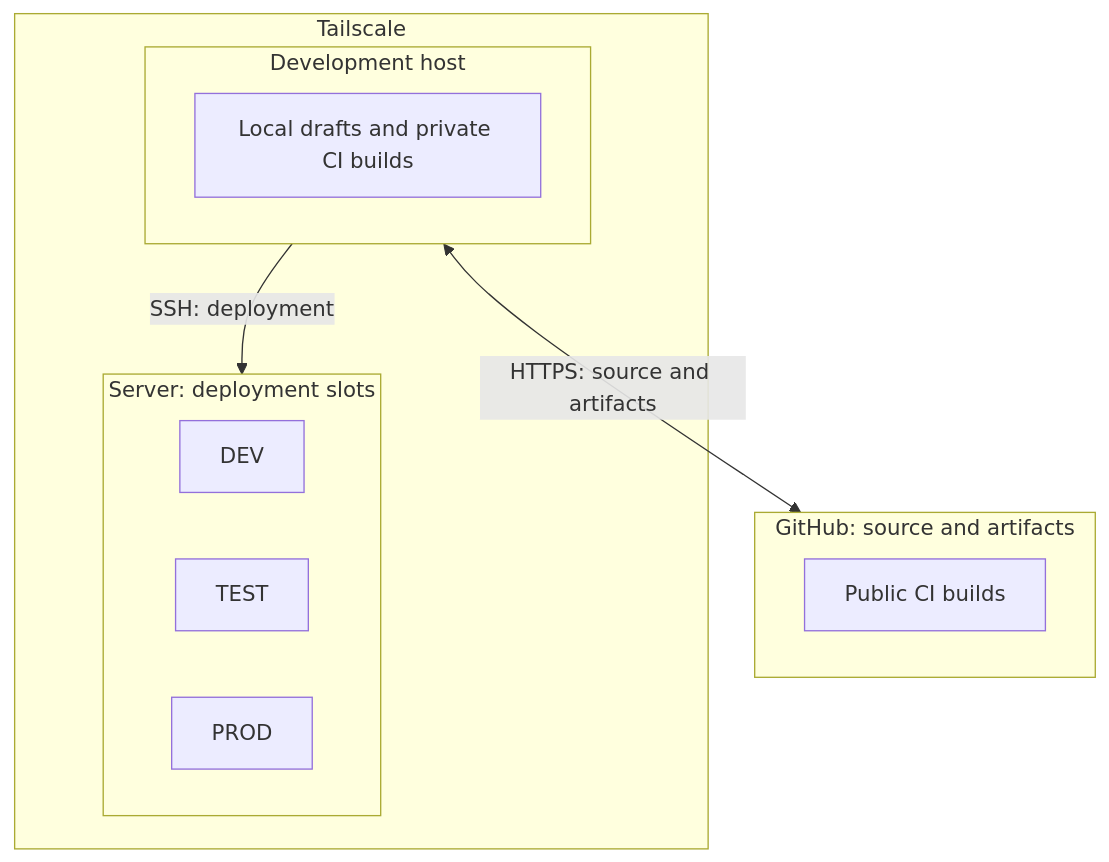
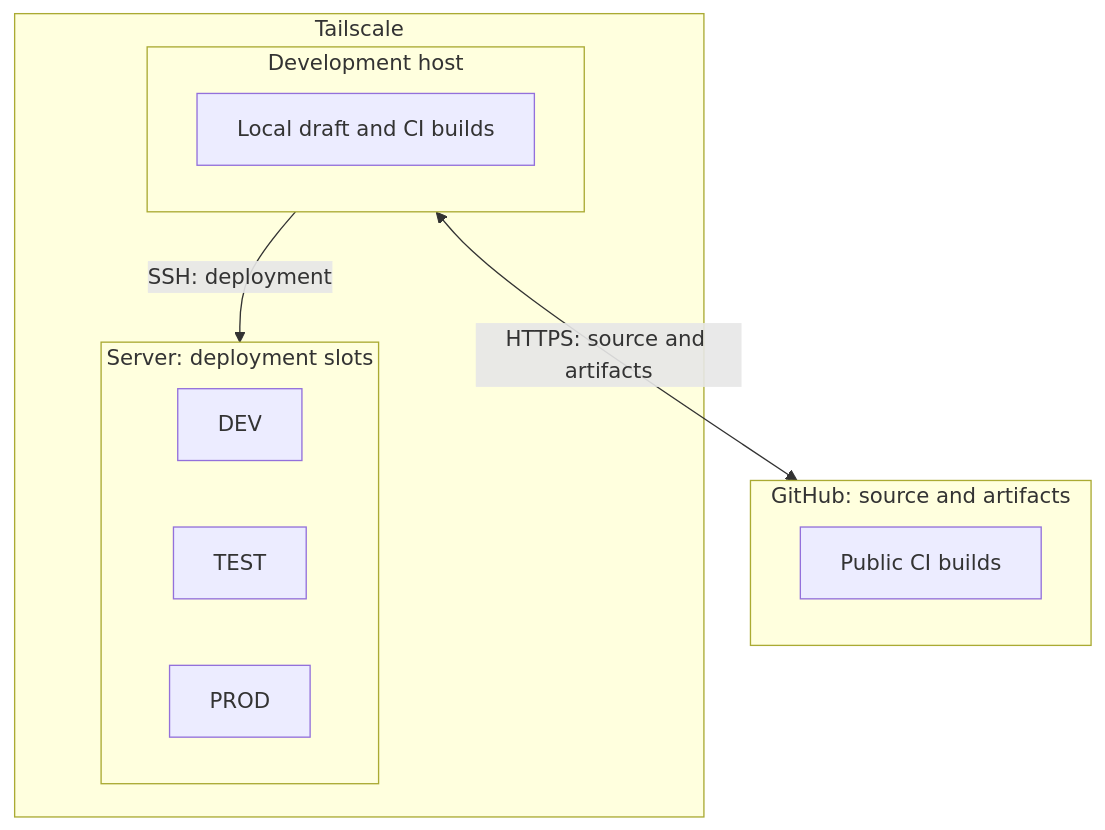
Before and after one commit to coletaylor788/puddles: the third of 5 diagrams in docs/openclaw-setup/security-architecture.md, drawn with Mermaid. The commit also changed other lines of this file, not shown here.

Commit message:
Use specific architecture terms instead of private

````diff
--- a/docs/openclaw-setup/security-architecture.md
+++ b/docs/openclaw-setup/security-architecture.md
@@ -106,18 +106,18 @@
 ```mermaid
 flowchart TB
     subgraph GitHub["GitHub: source and artifacts"]
         CI["Public CI builds"]
     end
     subgraph Tailnet["Tailscale"]
         subgraph Host["Development host"]
-            Builds["Local drafts and private CI builds"]
+            Builds["Local draft and CI builds"]
         end
         subgraph Server["Server: deployment slots"]
             DEV["DEV"]
             TEST["TEST"]
             PROD["PROD"]
         end
     end
     Host <-->|"HTTPS: source and artifacts"| GitHub
     Host -->|"SSH: deployment"| Server
 ```
````
